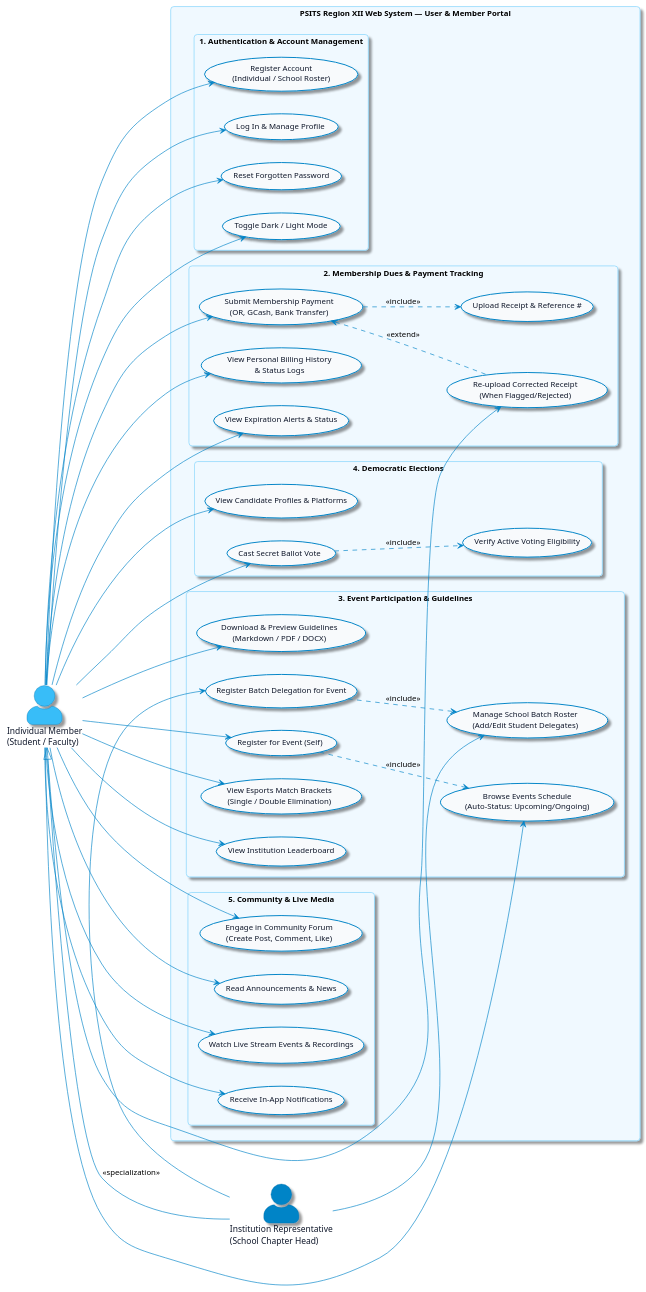
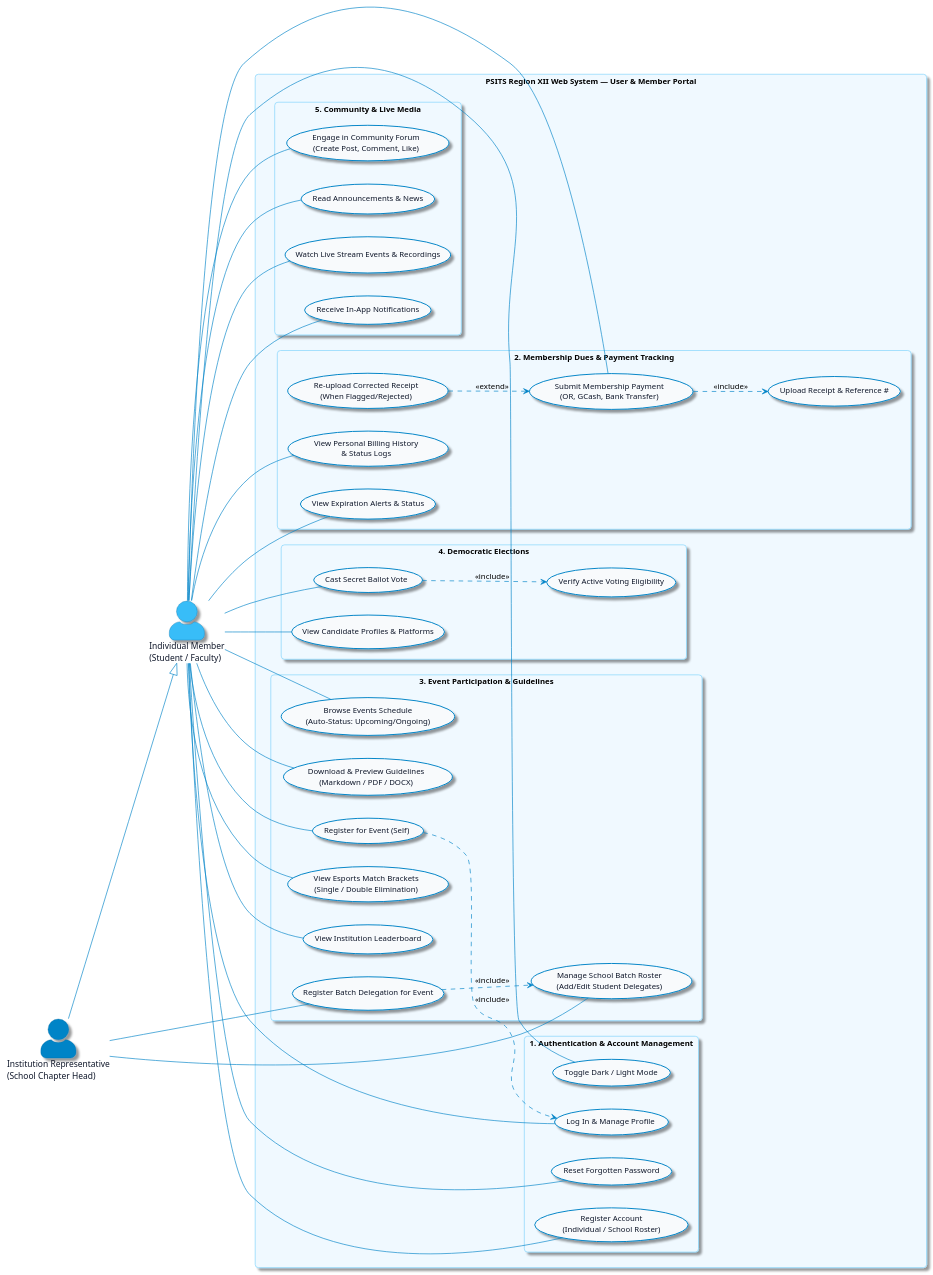
One commit to markdanieldigol9-alt/psits-web-system changed the diagram in docs/use_case_user.puml. Above: the diagram before and after it, drawn with PlantUML. The commit also changed 76 other files, not shown here.

Commit message:
feat(system): UI refresh across modules, reports module enhancements, attendance and election updates, docs and diagrams

```diff
--- a/docs/use_case_user.puml
+++ b/docs/use_case_user.puml
@@ -1,124 +1,123 @@
 @startuml PSITS_Use_Case_User
 skinparam packageStyle rectangle
 skinparam roundcorner 10
 skinparam shadowing true
 skinparam actorStyle awesome
 skinparam defaultFontName "Segoe UI", Arial, sans-serif
 skinparam defaultFontSize 12
 
 skinparam actor {
     BackgroundColor #0284C7
     BorderColor #0369A1
     FontColor #0F172A
     FontSize 13
 }
 
 skinparam usecase {
     BackgroundColor #F8FAFC
     BorderColor #0284C7
     BorderThickness 1.5
     FontColor #0F172A
     ArrowColor #0284C7
 }
 
 skinparam package {
     BackgroundColor #F0F9FF
     BorderColor #7DD3FC
     FontColor #0369A1
     FontStyle bold
 }
 
 left to right direction
 
 ' ========================================================
 ' ACTORS
 ' ========================================================
 actor "Individual Member\n(Student / Faculty)" as Member #38BDF8
 actor "Institution Representative\n(School Chapter Head)" as InstRep #0284C7
 
-' Generalization
-Member <|-- InstRep : <<specialization>>
+' Generalization (hollow triangle pointing to parent actor)
+InstRep --|> Member
 
 ' ========================================================
 ' SYSTEM BOUNDARY: USER / MEMBER PORTAL
 ' ========================================================
 rectangle "PSITS Region XII Web System — User & Member Portal" as UserPortal {
 
     package "1. Authentication & Account Management" {
         usecase "Register Account\n(Individual / School Roster)" as UC_Reg
         usecase "Log In & Manage Profile" as UC_Login
         usecase "Reset Forgotten Password" as UC_Reset
         usecase "Toggle Dark / Light Mode" as UC_Theme
     }
 
     package "2. Membership Dues & Payment Tracking" {
         usecase "Submit Membership Payment\n(OR, GCash, Bank Transfer)" as UC_Pay
         usecase "Upload Receipt & Reference #" as UC_UploadProof
         usecase "Re-upload Corrected Receipt\n(When Flagged/Rejected)" as UC_Reupload
         usecase "View Personal Billing History\n& Status Logs" as UC_History
         usecase "View Expiration Alerts & Status" as UC_Expiry
     }
 
     package "3. Event Participation & Guidelines" {
         usecase "Browse Events Schedule\n(Auto-Status: Upcoming/Ongoing)" as UC_BrowseEvents
         usecase "Download & Preview Guidelines\n(Markdown / PDF / DOCX)" as UC_Guidelines
         usecase "Register for Event (Self)" as UC_RegEventSelf
         usecase "Manage School Batch Roster\n(Add/Edit Student Delegates)" as UC_BatchRoster
         usecase "Register Batch Delegation for Event" as UC_RegEventBatch
         usecase "View Esports Match Brackets\n(Single / Double Elimination)" as UC_EsportsBrackets
         usecase "View Institution Leaderboard" as UC_Leaderboard
     }
 
     package "4. Democratic Elections" {
         usecase "View Candidate Profiles & Platforms" as UC_ViewCandidates
         usecase "Cast Secret Ballot Vote" as UC_Vote
         usecase "Verify Active Voting Eligibility" as UC_CheckElig
     }
 
     package "5. Community & Live Media" {
         usecase "Engage in Community Forum\n(Create Post, Comment, Like)" as UC_Forum
         usecase "Read Announcements & News" as UC_Announcements
         usecase "Watch Live Stream Events & Recordings" as UC_WatchLive
         usecase "Receive In-App Notifications" as UC_Notifs
     }
 }
 
 ' ========================================================
-' ASSOCIATIONS (INDIVIDUAL MEMBER)
+' ASSOCIATIONS (INDIVIDUAL MEMBER - solid lines without arrowheads)
 ' ========================================================
-Member --> UC_Reg
-Member --> UC_Login
-Member --> UC_Reset
-Member --> UC_Theme
-Member --> UC_Pay
-Member --> UC_Reupload
-Member --> UC_History
-Member --> UC_Expiry
-Member --> UC_BrowseEvents
-Member --> UC_Guidelines
-Member --> UC_RegEventSelf
-Member --> UC_EsportsBrackets
-Member --> UC_Leaderboard
-Member --> UC_ViewCandidates
-Member --> UC_Vote
-Member --> UC_Forum
-Member --> UC_Announcements
-Member --> UC_WatchLive
-Member --> UC_Notifs
+Member -- UC_Reg
+Member -- UC_Login
+Member -- UC_Reset
+Member -- UC_Theme
+Member -- UC_Pay
+Member -- UC_History
+Member -- UC_Expiry
+Member -- UC_BrowseEvents
+Member -- UC_Guidelines
+Member -- UC_RegEventSelf
+Member -- UC_EsportsBrackets
+Member -- UC_Leaderboard
+Member -- UC_ViewCandidates
+Member -- UC_Vote
+Member -- UC_Forum
+Member -- UC_Announcements
+Member -- UC_WatchLive
+Member -- UC_Notifs
 
 ' ========================================================
 ' ASSOCIATIONS (INSTITUTION REPRESENTATIVE SPECIALIZED)
 ' ========================================================
-InstRep --> UC_BatchRoster
-InstRep --> UC_RegEventBatch
+InstRep -- UC_BatchRoster
+InstRep -- UC_RegEventBatch
 
 ' ========================================================
 ' INCLUDE & EXTEND RELATIONSHIPS
 ' ========================================================
 UC_Pay ..> UC_UploadProof : <<include>>
-UC_Pay <.. UC_Reupload : <<extend>>
+UC_Reupload ..> UC_Pay : <<extend>>
 UC_Vote ..> UC_CheckElig : <<include>>
-UC_RegEventSelf ..> UC_BrowseEvents : <<include>>
+UC_RegEventSelf ..> UC_Login : <<include>>
 UC_RegEventBatch ..> UC_BatchRoster : <<include>>
 
 @enduml
```
